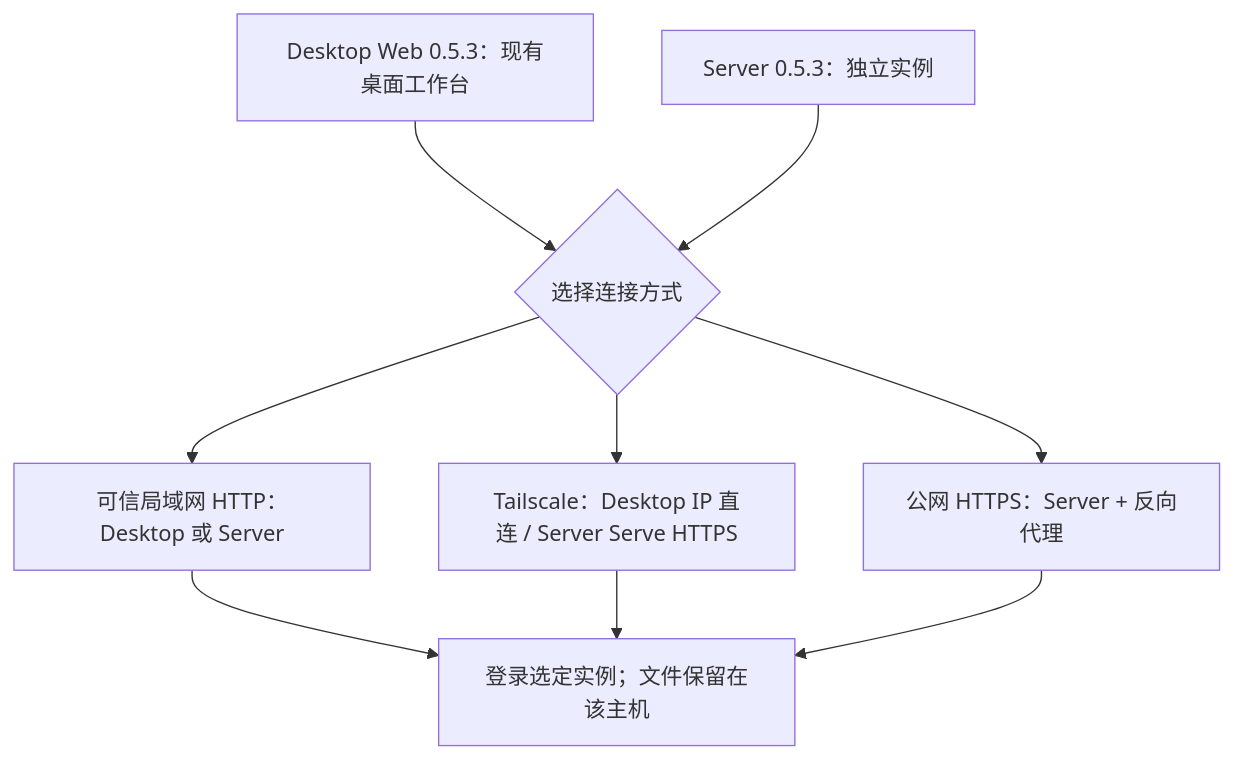
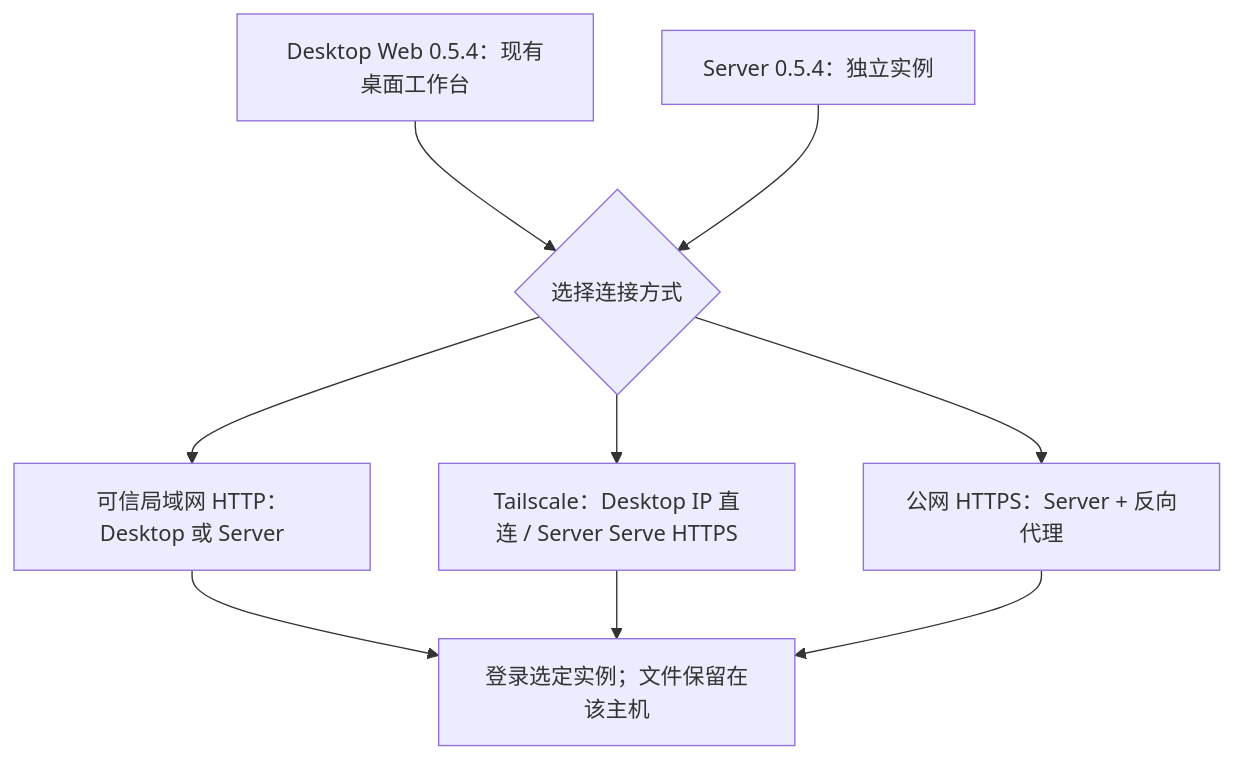
The diagram in website/site/public/assets/diagrams/deployment-choice-zh.mmd (123eyu/rovai-ai), drawn with Mermaid before and after one commit. The commit also changed 10 other files, not shown here.

```diff
--- a/website/site/public/assets/diagrams/deployment-choice-zh.mmd
+++ b/website/site/public/assets/diagrams/deployment-choice-zh.mmd
@@ -1,12 +1,12 @@
 flowchart TB
-  desktop["Desktop Web 0.5.3：现有桌面工作台"]
-  server["Server 0.5.3：独立实例"]
+  desktop["Desktop Web 0.5.4：现有桌面工作台"]
+  server["Server 0.5.4：独立实例"]
   choice{"选择连接方式"}
   desktop --> choice
   server --> choice
   choice --> lan["可信局域网 HTTP：Desktop 或 Server"]
   choice --> ts["Tailscale：Desktop IP 直连 / Server Serve HTTPS"]
   choice --> public["公网 HTTPS：Server + 反向代理"]
   lan --> login["登录选定实例；文件保留在该主机"]
   ts --> login
   public --> login
```
